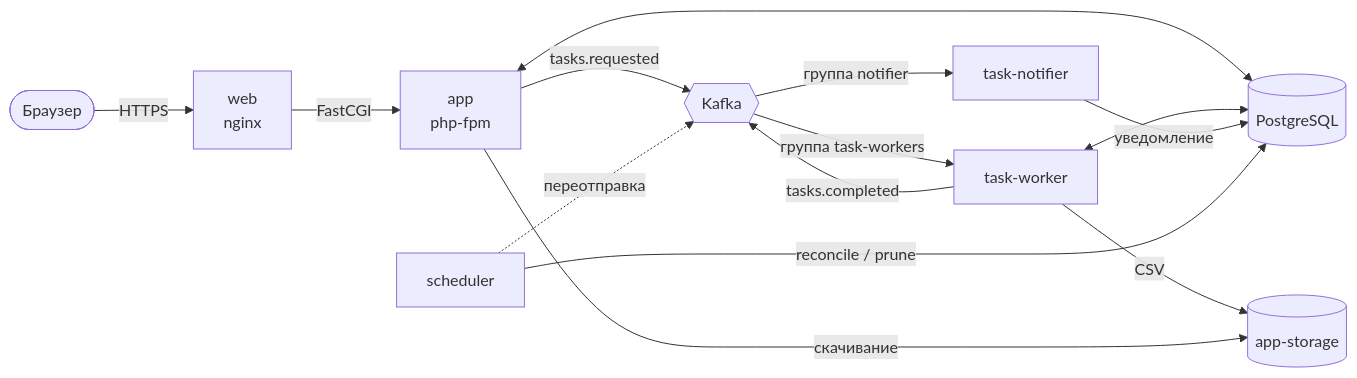
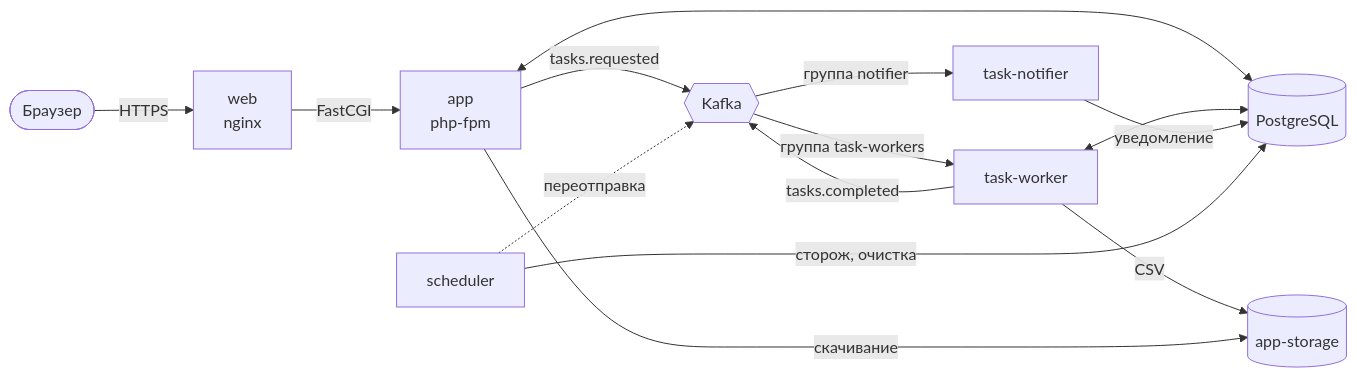
One commit to byterID/Silver-Udochki changed the first of 2 diagrams in README.md. Above: the diagram before and after it, drawn with Mermaid. The commit also changed other lines of this file and 6 other files, not shown here.

````diff
--- a/README.md
+++ b/README.md
@@ -51,18 +33,18 @@
 ```mermaid
 flowchart LR
     U([Браузер]) -->|HTTPS| W[web<br/>nginx]
     W -->|FastCGI| A[app<br/>php-fpm]
     A <--> DB[(PostgreSQL)]
 
     A -->|tasks.requested| K{{Kafka}}
     K -->|группа task-workers| TW[task-worker]
     TW <--> DB
     TW -->|CSV| S[(app-storage)]
     TW -->|tasks.completed| K
     K -->|группа notifier| TN[task-notifier]
     TN -->|уведомление| DB
 
-    SC[scheduler] -->|reconcile / prune| DB
+    SC[scheduler] -->|сторож, очистка| DB
     SC -.->|переотправка| K
     A -->|скачивание| S
 ```
````
